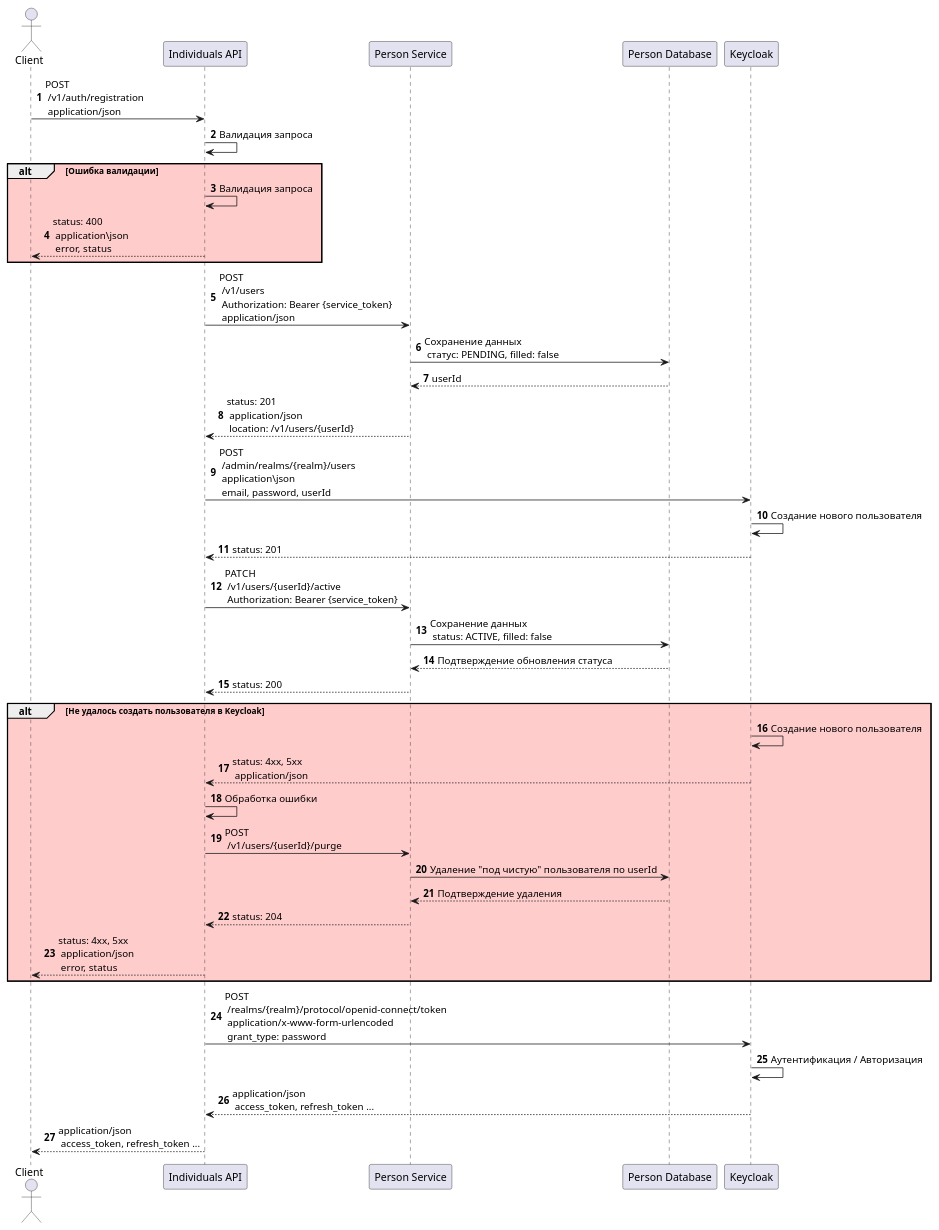
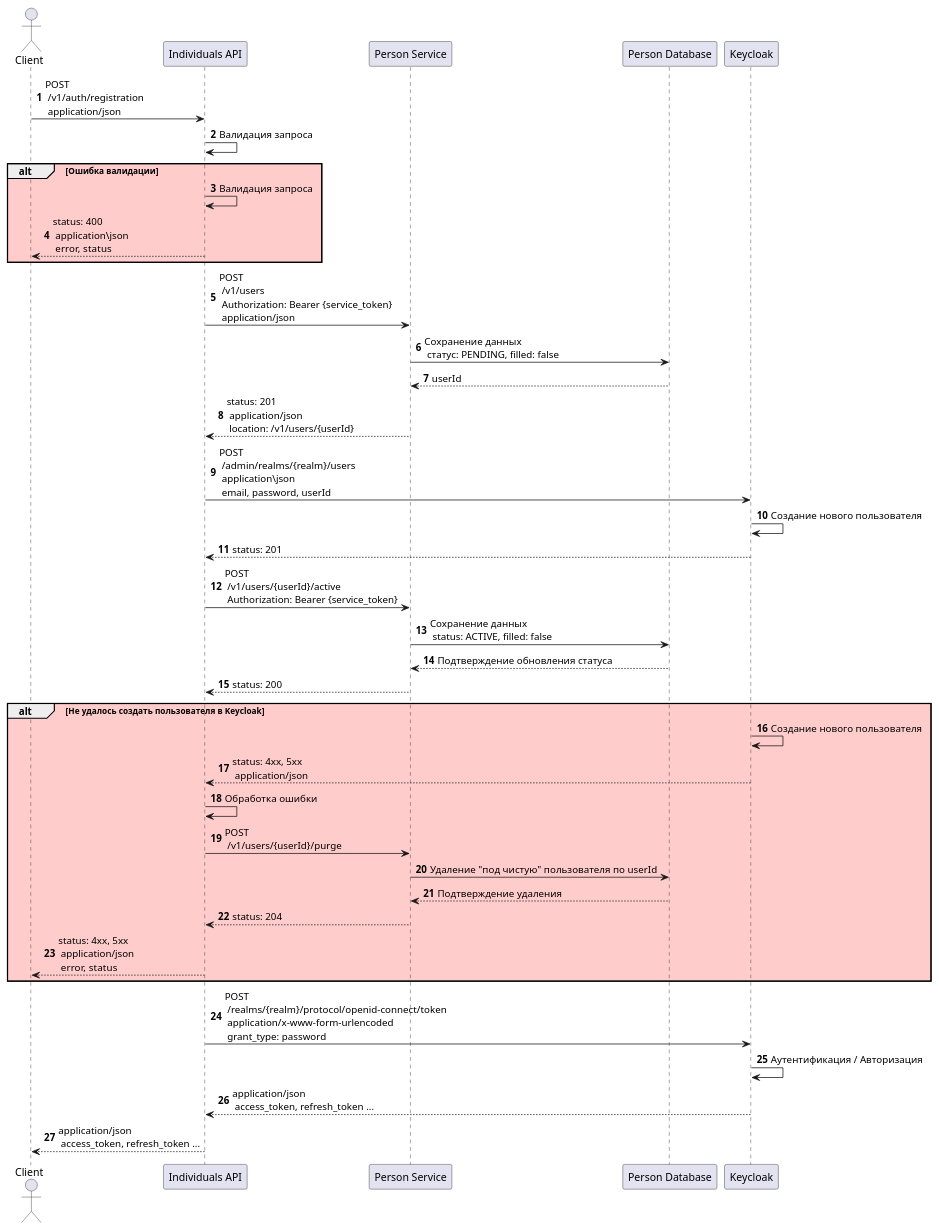
One commit to Ersted-me/payment-system changed the diagram in architecture/sequence/registration.puml. Above: the diagram before and after it, drawn with PlantUML.

Commit message:
update sequence diagrams: registration

```diff
--- a/architecture/sequence/registration.puml
+++ b/architecture/sequence/registration.puml
@@ -1,48 +1,48 @@
 @startuml
 
 autonumber
 
 actor Client as client
 participant "Individuals API" as api
 participant "Person Service" as person
 participant "Person Database" as personDb
 participant Keycloak as keycloak
 
 
 client -> api: POST \n /v1/auth/registration \n application/json
 api -> api: Валидация запроса
 
 alt #FFCCCC Ошибка валидации
 api -> api: Валидация запроса
 api --> client: status: 400 \n application\json \n error, status
 end
 
 api -> person: POST \n /v1/users \n Authorization: Bearer {service_token} \n application/json
 person -> personDb: Сохранение данных \n статус: PENDING, filled: false
 personDb --> person: userId
 person --> api: status: 201 \n application/json \n location: /v1/users/{userId}
 api -> keycloak: POST \n /admin/realms/{realm}/users \n application\json \n email, password, userId
 keycloak -> keycloak: Создание нового пользователя
 keycloak --> api: status: 201
-api -> person: PATCH \n /v1/users/{userId}/active \n Authorization: Bearer {service_token}
+api -> person: POST \n /v1/users/{userId}/active \n Authorization: Bearer {service_token}
 person -> personDb: Сохранение данных \n status: ACTIVE, filled: false
 personDb --> person: Подтверждение обновления статуса
 person --> api: status: 200
 
 alt #FFCCCC Не удалось создать пользователя в Keycloak
 keycloak -> keycloak: Создание нового пользователя
 keycloak --> api: status: 4xx, 5xx \n application/json
 api -> api: Обработка ошибки
 api -> person: POST \n /v1/users/{userId}/purge
 person -> personDb: Удаление "под чистую" пользователя по userId
 personDb --> person: Подтверждение удаления
 person --> api: status: 204
 api --> client: status: 4xx, 5xx \n application/json \n error, status
 end
 
 api -> keycloak: POST \n /realms/{realm}/protocol/openid-connect/token \n application/x-www-form-urlencoded \n grant_type: password
 keycloak -> keycloak: Аутентификация / Авторизация
 keycloak --> api: application/json \n access_token, refresh_token ...
 api --> client: application/json \n access_token, refresh_token ...
 
 @enduml
```
